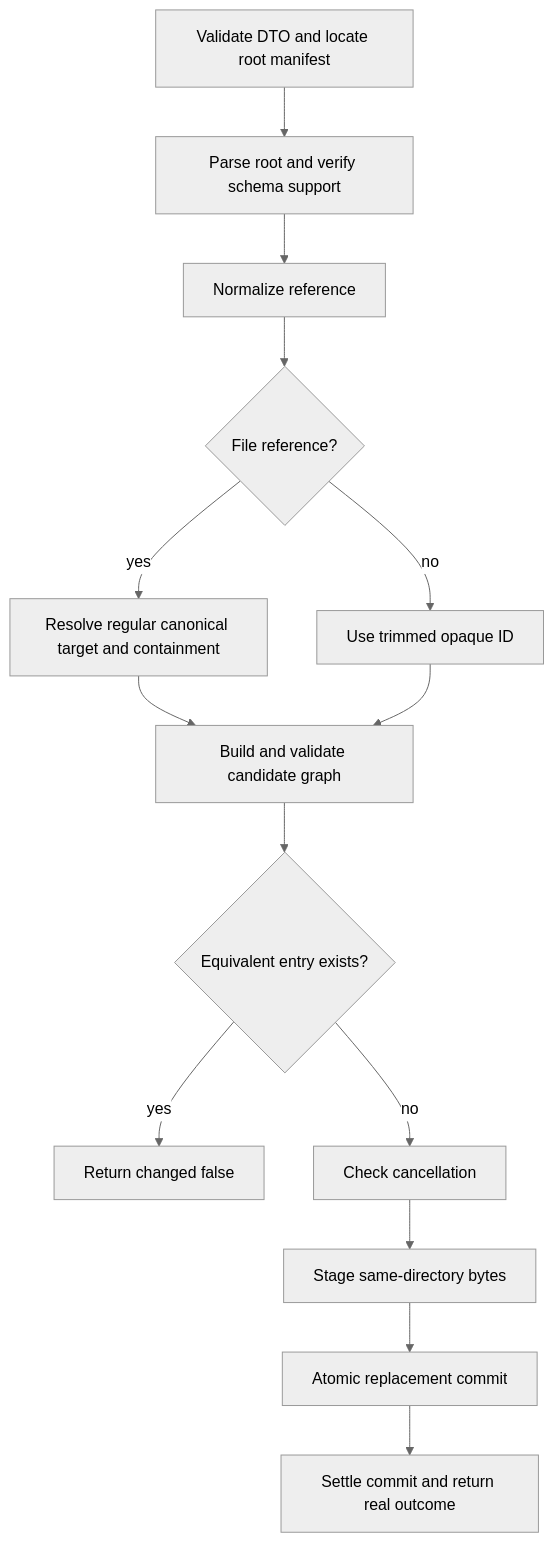
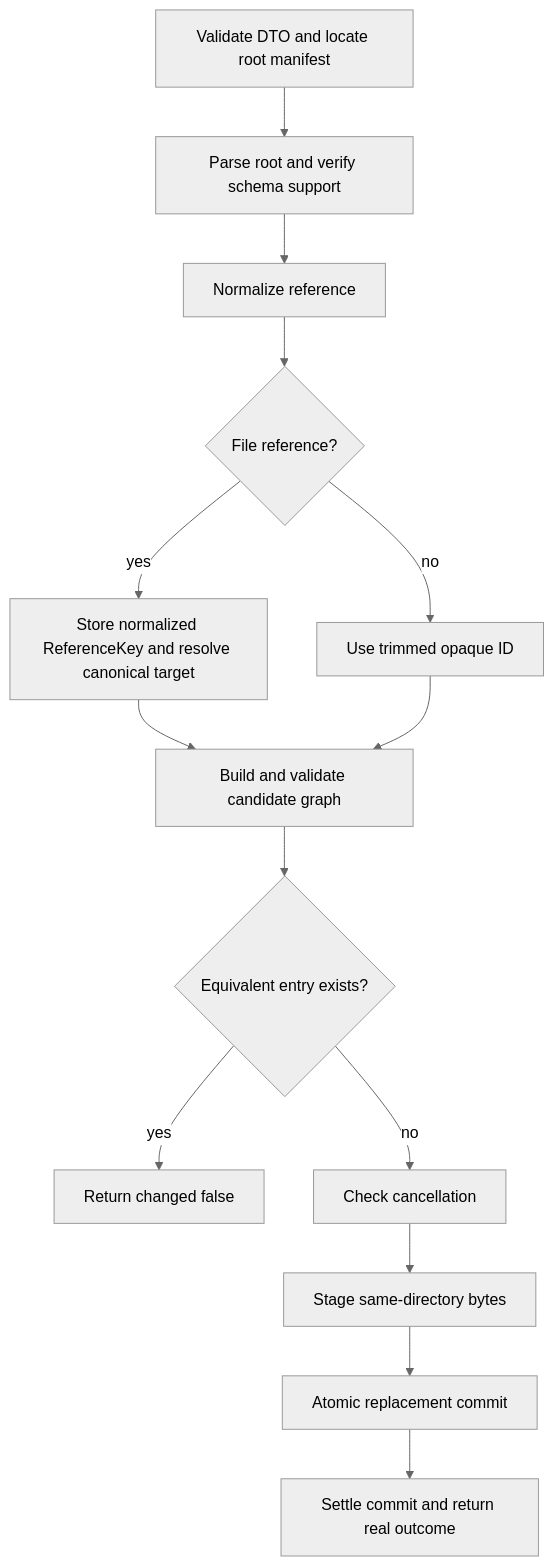
The diagram in docs/03-specs/operations/worker-agents/add-worker-agent.md (OfficeDev/Teams-Toolkit), drawn with Mermaid (neutral theme) before and after one commit. The commit also changed other lines of this file and 13 other files, not shown here.

````diff
--- a/docs/03-specs/operations/worker-agents/add-worker-agent.md
+++ b/docs/03-specs/operations/worker-agents/add-worker-agent.md
@@ -43,16 +46,16 @@
 ```mermaid
 flowchart TD
   A[Validate DTO and locate root manifest] --> B[Parse root and verify schema support]
   B --> C[Normalize reference]
   C --> D{File reference?}
-  D -- yes --> E[Resolve regular canonical target and containment]
+  D -- yes --> E[Store normalized ReferenceKey and resolve canonical target]
   D -- no --> F[Use trimmed opaque ID]
   E --> G[Build and validate candidate graph]
   F --> G
   G --> H{Equivalent entry exists?}
   H -- yes --> I[Return changed false]
   H -- no --> J[Check cancellation]
   J --> K[Stage same-directory bytes]
   K --> L[Atomic replacement commit]
   L --> M[Settle commit and return real outcome]
 ```
````
